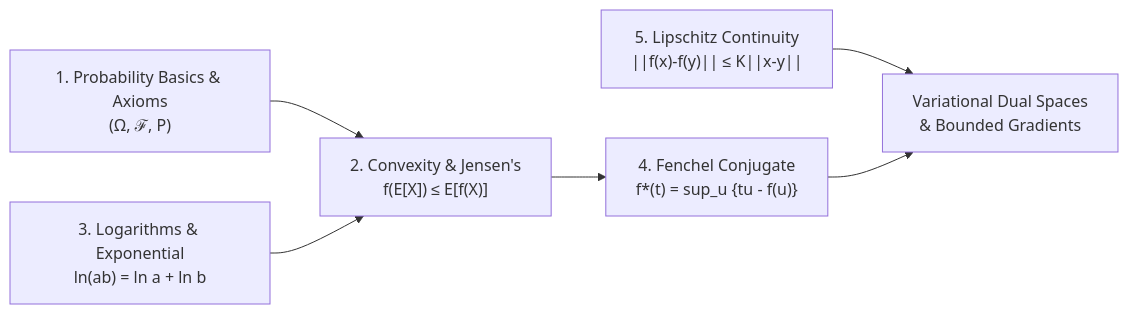
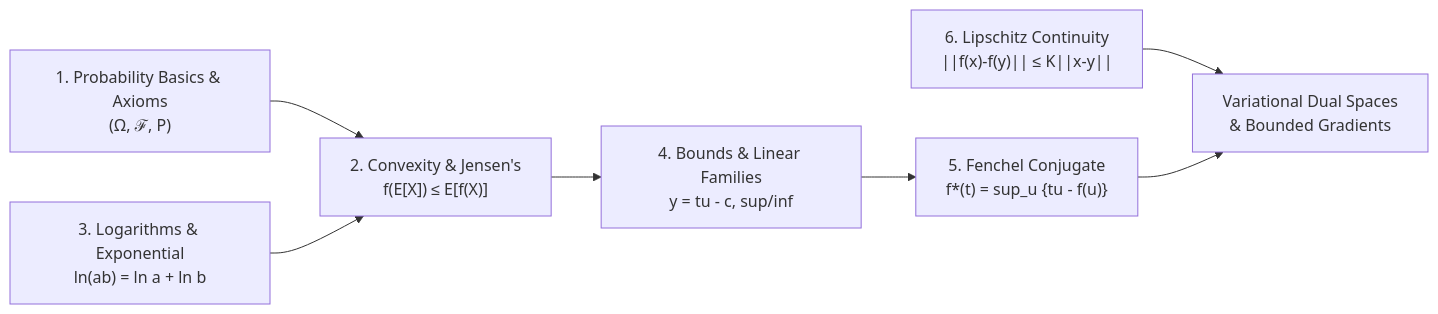
Before and after one commit to sivanagaraju/Mathematical-Foundations-of-ML: the second of 11 diagrams in MathsTerms/CONCEPT_MAP.md, drawn with Mermaid. The commit also changed other lines of this file and 227 other files, not shown here.

````diff
--- a/MathsTerms/CONCEPT_MAP.md
+++ b/MathsTerms/CONCEPT_MAP.md
@@ -244,8 +251,9 @@
 ```mermaid
 flowchart LR
     P_Axiom["1. Probability Basics & Axioms<br/>(Ω, ℱ, P)"] --> Convex["2. Convexity & Jensen's<br/>f(E[X]) ≤ E[f(X)]"]
     LogExp["3. Logarithms & Exponential<br/>ln(ab) = ln a + ln b"] --> Convex
-    Convex --> Fenchel["4. Fenchel Conjugate<br/>f*(t) = sup_u {tu - f(u)}"]
-    Lipschitz["5. Lipschitz Continuity<br/>||f(x)-f(y)|| ≤ K||x-y||"] --> Dual["Variational Dual Spaces<br/>& Bounded Gradients"]
+    Convex --> Bounds["4. Bounds & Linear Families<br/>y = tu - c, sup/inf"]
+    Bounds --> Fenchel["5. Fenchel Conjugate<br/>f*(t) = sup_u {tu - f(u)}"]
+    Lipschitz["6. Lipschitz Continuity<br/>||f(x)-f(y)|| ≤ K||x-y||"] --> Dual["Variational Dual Spaces<br/>& Bounded Gradients"]
     Fenchel --> Dual
 ```
````
